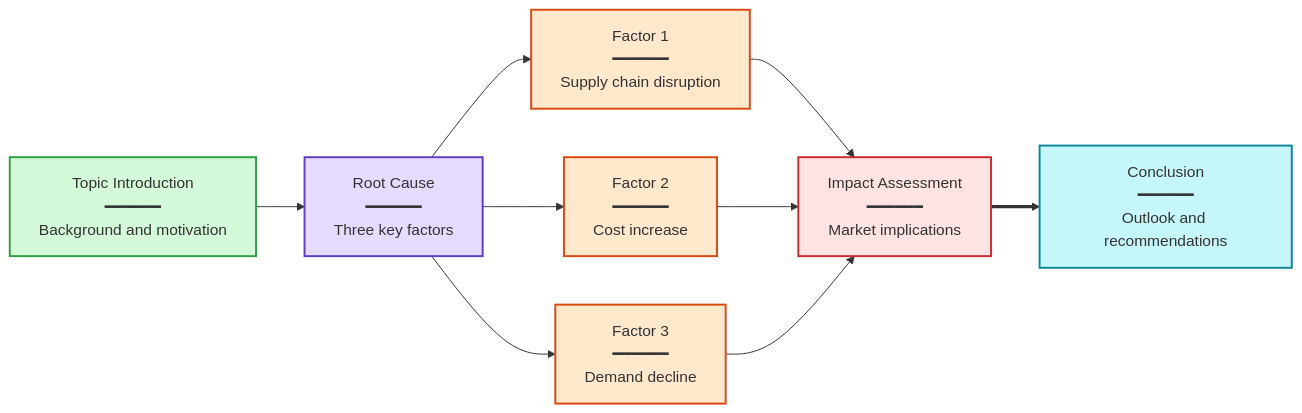
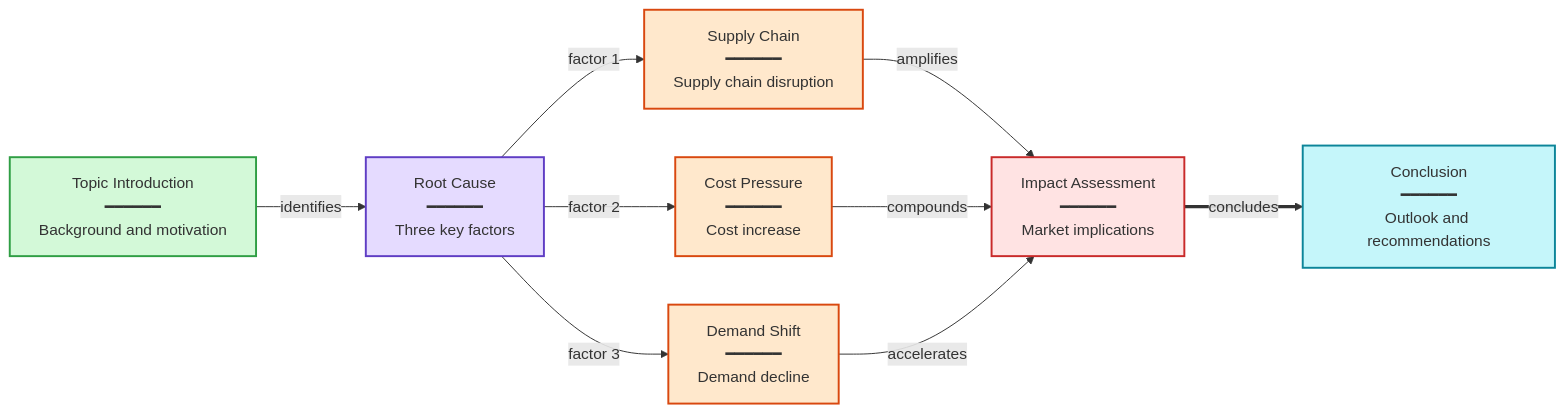
Before and after one commit to kouko/youtube-summarize-scraper: the first of 2 diagrams in prompts/builtin/mermaid-en.md, drawn with Mermaid. The commit also changed other lines of this file and 25 other files, not shown here.

First line of the commit message:
feat: LLM fallback chain, upload date fix, and mermaid improvements (#31)

````diff
--- a/prompts/builtin/mermaid-en.md
+++ b/prompts/builtin/mermaid-en.md
@@ -40,18 +40,18 @@
 ```mermaid
 graph LR
-A["Topic Introduction<br/>━━━━━━<br/>Background and motivation"] --> B["Root Cause<br/>━━━━━━<br/>Three key factors"]
-B --> C["Factor 1<br/>━━━━━━<br/>Supply chain disruption"]
-B --> D["Factor 2<br/>━━━━━━<br/>Cost increase"]
-B --> E["Factor 3<br/>━━━━━━<br/>Demand decline"]
-C --> F["Impact Assessment<br/>━━━━━━<br/>Market implications"]
-D --> F
-E --> F
-F ==> G["Conclusion<br/>━━━━━━<br/>Outlook and recommendations"]
+A["Topic Introduction<br/>━━━━━━<br/>Background and motivation"] -->|identifies| B["Root Cause<br/>━━━━━━<br/>Three key factors"]
+B -->|factor 1| C["Supply Chain<br/>━━━━━━<br/>Supply chain disruption"]
+B -->|factor 2| D["Cost Pressure<br/>━━━━━━<br/>Cost increase"]
+B -->|factor 3| E["Demand Shift<br/>━━━━━━<br/>Demand decline"]
+C -->|amplifies| F["Impact Assessment<br/>━━━━━━<br/>Market implications"]
+D -->|compounds| F
+E -->|accelerates| F
+F ==>|concludes| G["Conclusion<br/>━━━━━━<br/>Outlook and recommendations"]
 style A fill:#d3f9d8,stroke:#2f9e44,stroke-width:2px
 style B fill:#e5dbff,stroke:#5f3dc4,stroke-width:2px
 style C fill:#ffe8cc,stroke:#d9480f,stroke-width:2px
 style D fill:#ffe8cc,stroke:#d9480f,stroke-width:2px
 style E fill:#ffe8cc,stroke:#d9480f,stroke-width:2px
 style F fill:#ffe3e3,stroke:#c92a2a,stroke-width:2px
 style G fill:#c5f6fa,stroke:#0c8599,stroke-width:2px
 ```
````
